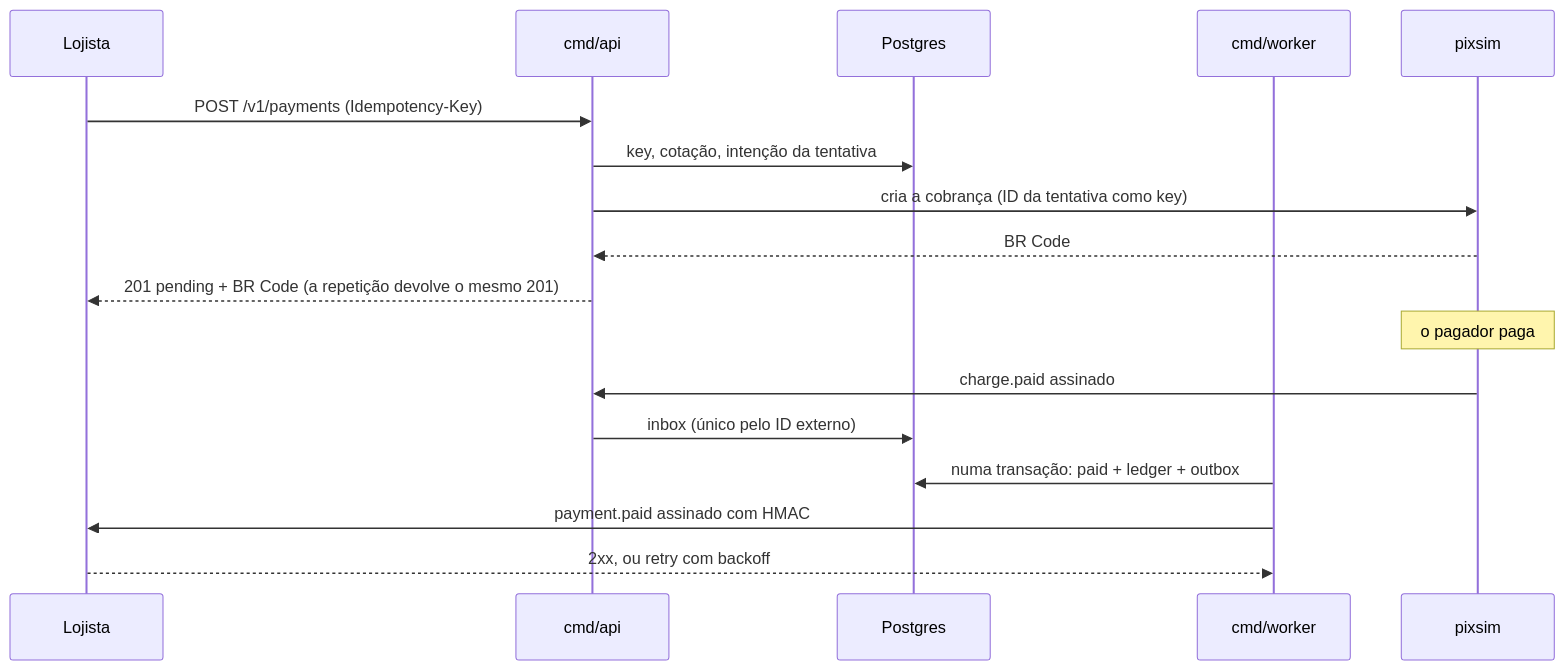
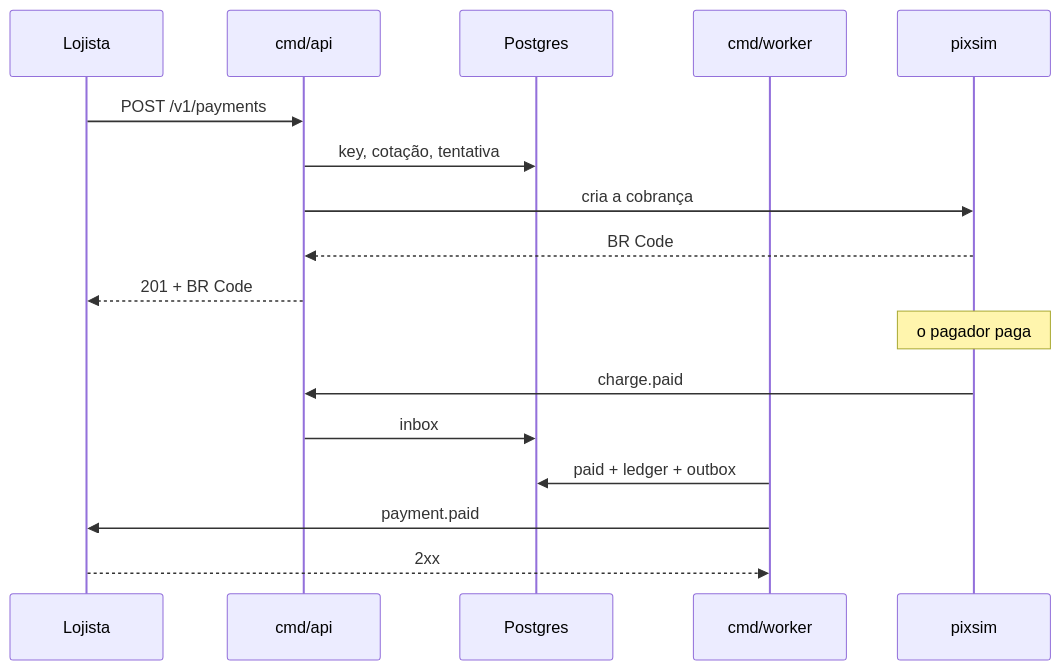
The second of 2 diagrams in README.pt-BR.md (gengibrepower/cross-border-pay), drawn with Mermaid before and after one commit. The commit also changed other lines of this file and 1 other file, not shown here.

````diff
--- a/README.pt-BR.md
+++ b/README.pt-BR.md
@@ -102,19 +377,19 @@
 ```mermaid
 sequenceDiagram
     participant L as Lojista
     participant A as cmd/api
     participant DB as Postgres
     participant W as cmd/worker
     participant P as pixsim
-    L->>A: POST /v1/payments (Idempotency-Key)
-    A->>DB: key, cotação, intenção da tentativa
-    A->>P: cria a cobrança (ID da tentativa como key)
+    L->>A: POST /v1/payments
+    A->>DB: key, cotação, tentativa
+    A->>P: cria a cobrança
     P-->>A: BR Code
-    A-->>L: 201 pending + BR Code (a repetição devolve o mesmo 201)
+    A-->>L: 201 + BR Code
     Note over P: o pagador paga
-    P->>A: charge.paid assinado
-    A->>DB: inbox (único pelo ID externo)
-    W->>DB: numa transação: paid + ledger + outbox
-    W->>L: payment.paid assinado com HMAC
-    L-->>W: 2xx, ou retry com backoff
+    P->>A: charge.paid
+    A->>DB: inbox
+    W->>DB: paid + ledger + outbox
+    W->>L: payment.paid
+    L-->>W: 2xx
 ```
````
